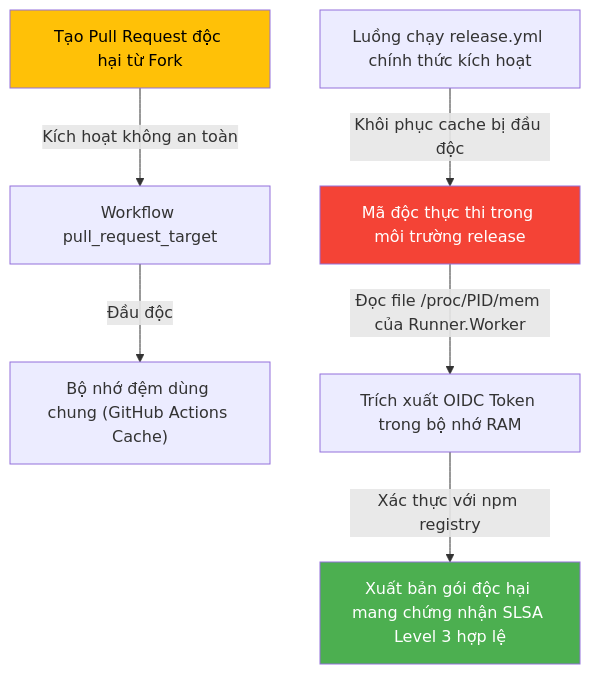
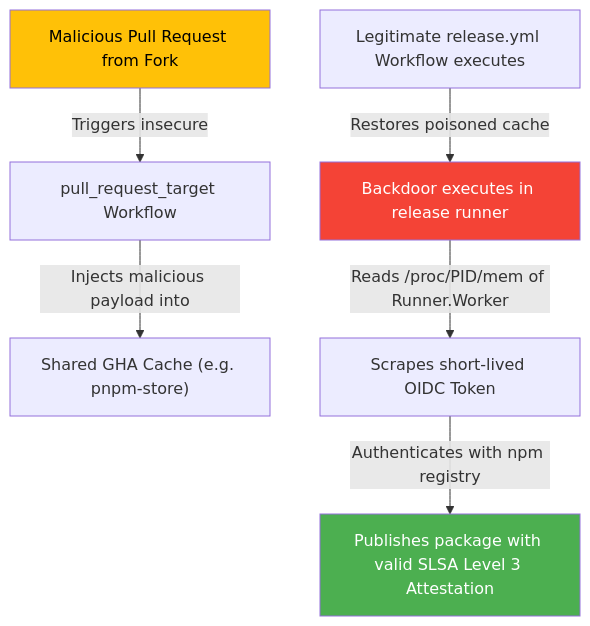
The diagram in content/radar/radar-2026-05-21.md (vesviet/vesviet), drawn with Mermaid before and after one commit. The commit also changed other lines of this file and 1 other file, not shown here.

````diff
--- a/content/radar/radar-2026-05-21.md
+++ b/content/radar/radar-2026-05-21.md
@@ -193,12 +193,12 @@
 ```mermaid
 flowchart TD
-    A["Tạo Pull Request độc hại từ Fork"] -->|Kích hoạt không an toàn| B["Workflow pull_request_target"]
-    B -->|Đầu độc| C["Bộ nhớ đệm dùng chung (GitHub Actions Cache)"]
-    D["Luồng chạy release.yml chính thức kích hoạt"] -->|Khôi phục cache bị đầu độc| E["Mã độc thực thi trong môi trường release"]
-    E -->|Đọc file /proc/PID/mem của Runner.Worker| F["Trích xuất OIDC Token trong bộ nhớ RAM"]
-    F -->|Xác thực với npm registry| G["Xuất bản gói độc hại mang chứng nhận SLSA Level 3 hợp lệ"]
+    A["Malicious Pull Request from Fork"] -->|Triggers insecure| B["pull_request_target Workflow"]
+    B -->|Injects malicious payload into| C["Shared GHA Cache (e.g. pnpm-store)"]
+    D["Legitimate release.yml Workflow executes"] -->|Restores poisoned cache| E["Backdoor executes in release runner"]
+    E -->|Reads /proc/PID/mem of Runner.Worker| F["Scrapes short-lived OIDC Token"]
+    F -->|Authenticates with npm registry| G["Publishes package with valid SLSA Level 3 Attestation"]
 
     style A fill:#ffc107,color:#000
     style E fill:#f44336,color:#fff
     style G fill:#4caf50,color:#fff
 ```
````
